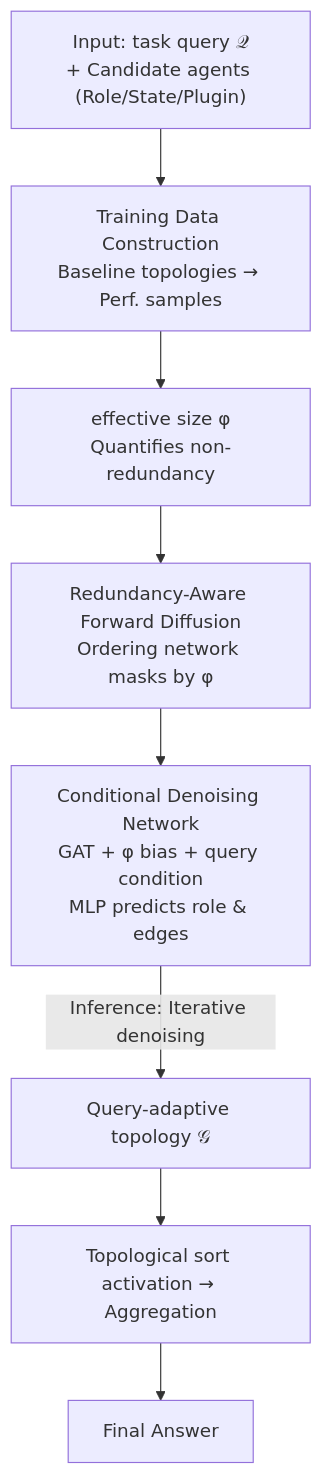
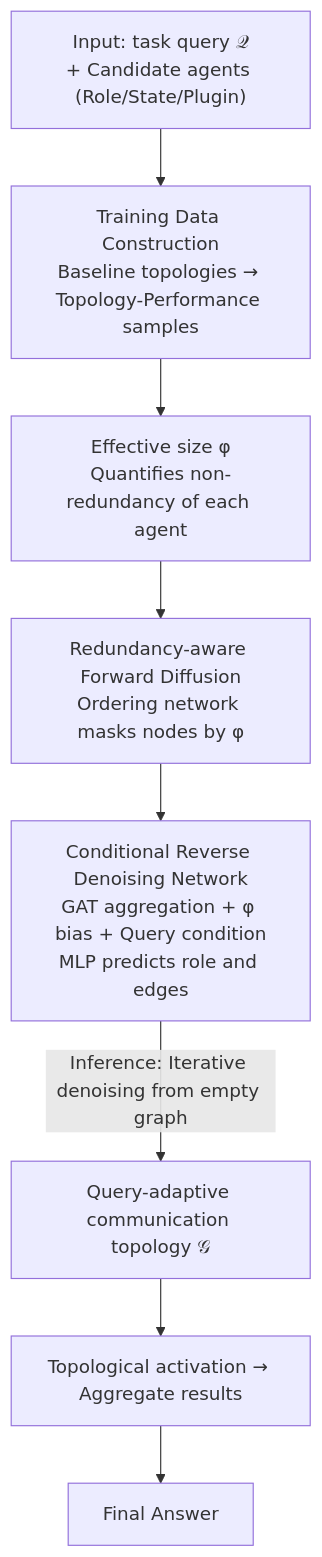
Before and after one commit to zhaoyang97/Paper-Notes-en: the diagram in docs/ICML2026/multi_agent/radar_redundancy-aware_diffusion_for_multi-agent_communication_structure_generat.md, drawn with Mermaid. The commit also changed other lines of this file and 5084 other files, not shown here.

````diff
--- a/docs/ICML2026/multi_agent/radar_redundancy-aware_diffusion_for_multi-agent_communication_structure_generat.md
+++ b/docs/ICML2026/multi_agent/radar_redundancy-aware_diffusion_for_multi-agent_communication_structure_generat.md
@@ -44,11 +44,11 @@
 ```mermaid
 graph TD
     Q["Input: task query 𝒬<br/>+ Candidate agents (Role/State/Plugin)"]
-    Q --> BASE["Training Data Construction<br/>Baseline topologies → Perf. samples"]
-    BASE --> ES["effective size φ<br/>Quantifies non-redundancy"]
-    ES --> FWD["Redundancy-Aware Forward Diffusion<br/>Ordering network masks by φ"]
-    FWD --> REV["Conditional Denoising Network<br/>GAT + φ bias + query condition<br/>MLP predicts role & edges"]
-    REV -->|Inference: Iterative denoising| TOPO["Query-adaptive topology 𝒢"]
-    TOPO --> RUN["Topological sort activation → Aggregation"]
+    Q --> BASE["Training Data Construction<br/>Baseline topologies → Topology-Performance samples"]
+    BASE --> ES["Effective size φ<br/>Quantifies non-redundancy of each agent"]
+    ES --> FWD["Redundancy-aware Forward Diffusion<br/>Ordering network masks nodes by φ"]
+    FWD --> REV["Conditional Reverse Denoising Network<br/>GAT aggregation + φ bias + Query condition<br/>MLP predicts role and edges"]
+    REV -->|Inference: Iterative denoising from empty graph| TOPO["Query-adaptive communication topology 𝒢"]
+    TOPO --> RUN["Topological activation → Aggregate results"]
     RUN --> ANS["Final Answer"]
 ```
````
